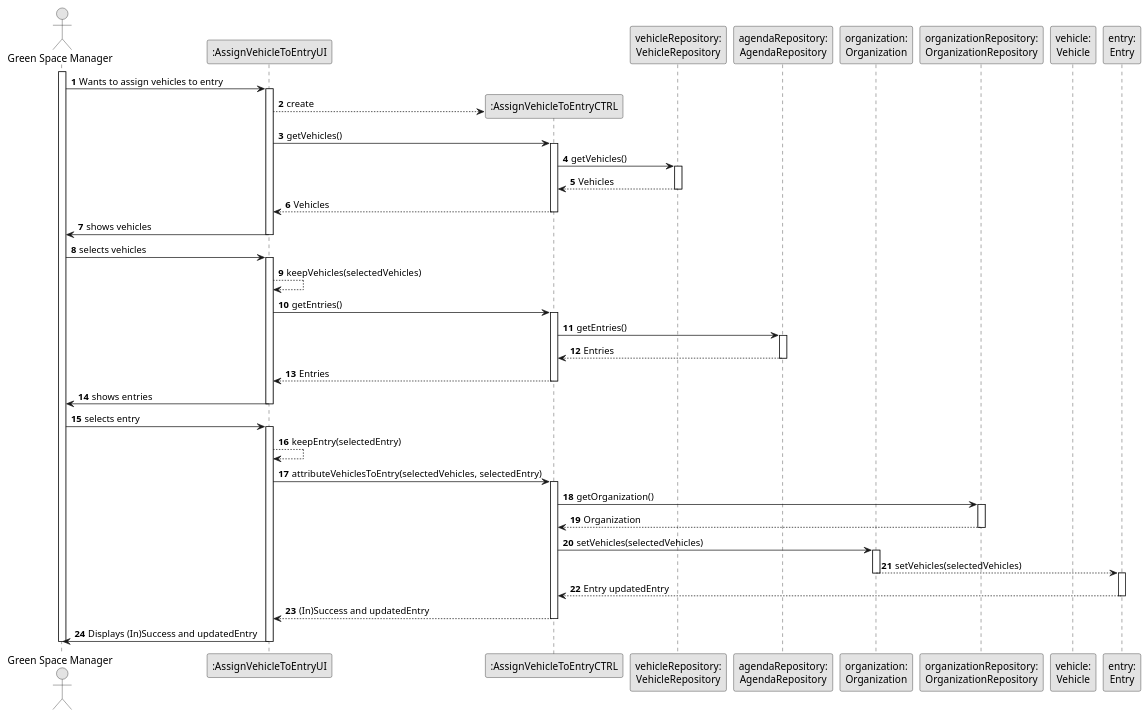
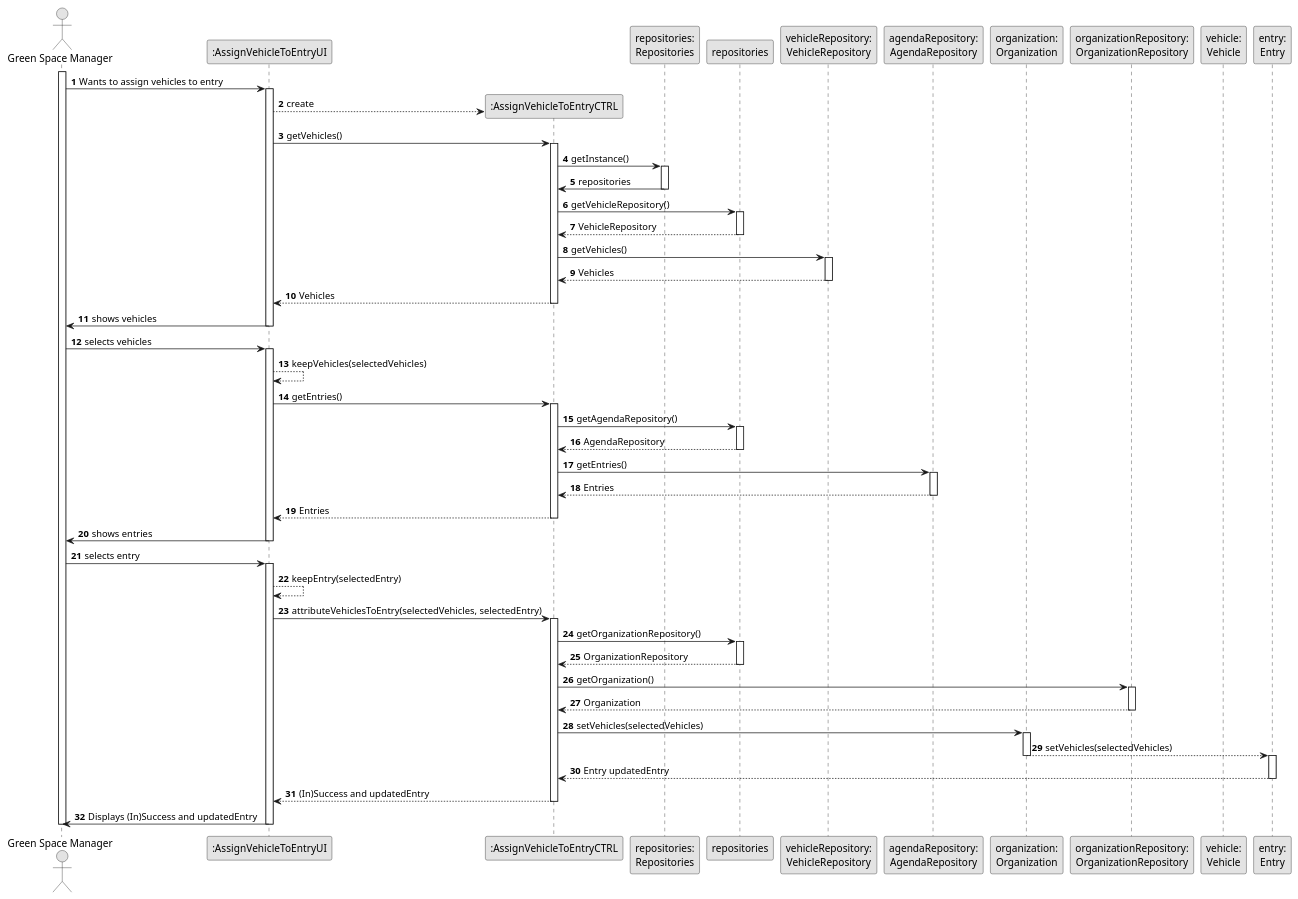
One commit to Departamento-de-Engenharia-Informatica/lei-24-s2-1df-1de-g063 changed the diagram in docs/SprintC/us26/03.design/puml/us26-sequence-diagram-full.puml. Above: the diagram before and after it, drawn with PlantUML. The commit also changed 3 other files, not shown here.

```diff
--- a/docs/SprintC/us26/03.design/puml/us26-sequence-diagram-full.puml
+++ b/docs/SprintC/us26/03.design/puml/us26-sequence-diagram-full.puml
@@ -1,75 +1,92 @@
 @startuml
 skinparam monochrome true
 skinparam packageStyle rectangle
 skinparam shadowing false
 
 autonumber
 
 actor "Green Space Manager" as GSM
 participant ":AssignVehicleToEntryUI" as UI
 participant ":AssignVehicleToEntryCTRL" as CTRL
+participant "repositories:\nRepositories" as Repositories
+participant "repositories"
 participant "vehicleRepository:\nVehicleRepository" as VehicleRepository
 participant "agendaRepository:\nAgendaRepository" as AgendaRepository
 participant "organization:\nOrganization" as Org
 participant "organizationRepository:\nOrganizationRepository" as OrgRepository
 participant "vehicle:\nVehicle" as Vehicle
 participant "entry:\nEntry" as Entry
-
 activate GSM
     GSM -> UI : Wants to assign vehicles to entry
     activate UI
         UI --> CTRL** : create
         UI -> CTRL : getVehicles()
         activate CTRL
+            CTRL -> Repositories : getInstance()
+            activate Repositories
+            Repositories -> CTRL : repositories
+            deactivate Repositories
+            CTRL -> repositories : getVehicleRepository()
+            activate repositories
+            repositories --> CTRL : VehicleRepository
+            deactivate repositories
             CTRL -> VehicleRepository : getVehicles()
                 activate VehicleRepository
                     VehicleRepository --> CTRL : Vehicles
                 deactivate VehicleRepository
         CTRL --> UI : Vehicles
         deactivate CTRL
         UI -> GSM : shows vehicles
         deactivate UI
         GSM -> UI : selects vehicles
         activate UI
         UI --> UI : keepVehicles(selectedVehicles)
         UI -> CTRL : getEntries()
 
       activate CTRL
+                  CTRL -> repositories : getAgendaRepository()
+                  activate repositories
+                  repositories --> CTRL : AgendaRepository
+                  deactivate repositories
                   CTRL -> AgendaRepository : getEntries()
                       activate AgendaRepository
                           AgendaRepository --> CTRL : Entries
                       deactivate AgendaRepository
 
 
               CTRL --> UI : Entries
               deactivate CTRL
 
         UI -> GSM : shows entries
         deactivate UI
         GSM -> UI : selects entry
         activate UI
         UI --> UI : keepEntry(selectedEntry)
         UI -> CTRL : attributeVehiclesToEntry(selectedVehicles, selectedEntry)
         activate CTRL
+            CTRL -> repositories : getOrganizationRepository()
+                activate repositories
+                repositories --> CTRL : OrganizationRepository
+                deactivate repositories
             CTRL -> OrgRepository : getOrganization()
                 activate OrgRepository
                     OrgRepository --> CTRL : Organization
                 deactivate OrgRepository
 
 
             CTRL -> Org : setVehicles(selectedVehicles)
             activate Org
             Org --> Entry : setVehicles(selectedVehicles)
             deactivate Org
             activate Entry
             Entry --> CTRL : Entry updatedEntry
             deactivate Entry
 
         CTRL --> UI : (In)Success and updatedEntry
 
         deactivate CTRL
 
         UI-> GSM : Displays (In)Success and updatedEntry
     deactivate UI
 deactivate GSM
 @enduml
```
